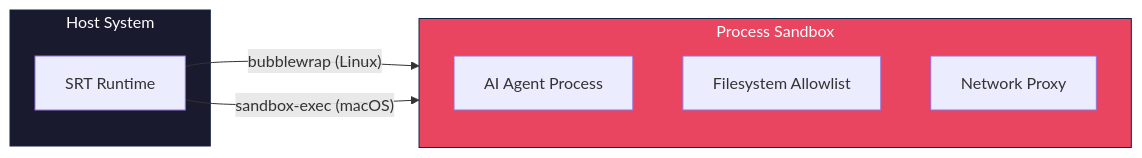
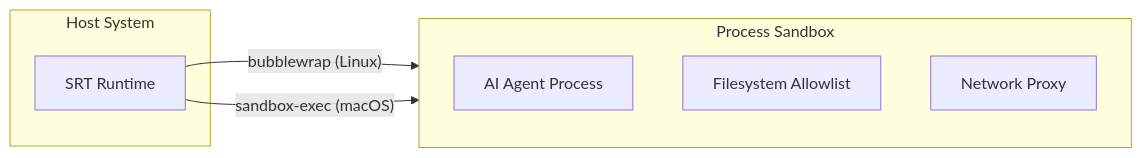
One commit to novotnyllc/ContainAI changed the fifth of 8 diagrams in docs/security-comparison.md. Above: the diagram before and after it, drawn with Mermaid. The commit also changed other lines of this file and 14 other files, not shown here.

````diff
--- a/docs/security-comparison.md
+++ b/docs/security-comparison.md
@@ -229,18 +219,16 @@
 ```mermaid
 flowchart LR
     subgraph Host["Host System"]
         SRT["SRT Runtime"]
     end
 
     subgraph Sandbox["Process Sandbox"]
         Agent["AI Agent Process"]
         FS["Filesystem Allowlist"]
         Net["Network Proxy"]
     end
 
     SRT -->|"bubblewrap (Linux)"| Sandbox
     SRT -->|"sandbox-exec (macOS)"| Sandbox
 
-    style Host fill:#1a1a2e,stroke:#16213e,color:#fff
-    style Sandbox fill:#e94560,stroke:#16213e,color:#fff
 ```
````
